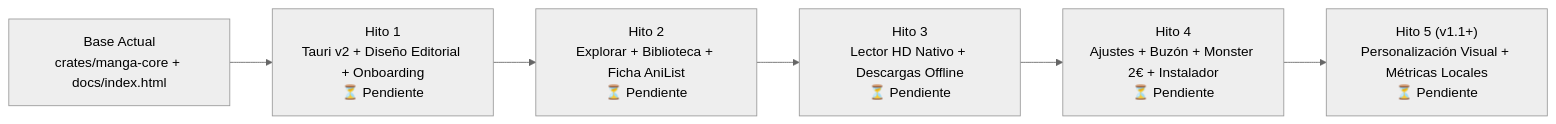
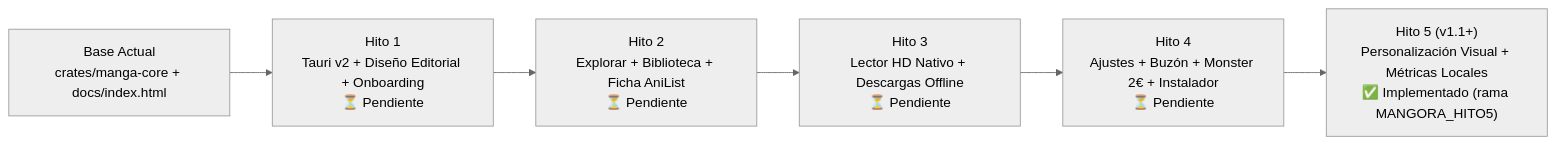
One commit to tomahawk1103/manga-tui changed the diagram in MANGORA_ROADMAP.md. Above: the diagram before and after it, drawn with Mermaid (neutral theme). The commit also changed other lines of this file and 22 other files, not shown here.

Commit message:
feat(mangora): integrar los archivos de apariencia y metricas del hito 5

````diff
--- a/MANGORA_ROADMAP.md
+++ b/MANGORA_ROADMAP.md
@@ -12,11 +12,11 @@
 ```mermaid
 flowchart LR
     Base["Base Actual<br/>crates/manga-core + docs/index.html"]
     H1["Hito 1<br/>Tauri v2 + Diseño Editorial + Onboarding<br/>⏳ Pendiente"]
     H2["Hito 2<br/>Explorar + Biblioteca + Ficha AniList<br/>⏳ Pendiente"]
     H3["Hito 3<br/>Lector HD Nativo + Descargas Offline<br/>⏳ Pendiente"]
     H4["Hito 4<br/>Ajustes + Buzón + Monster 2€ + Instalador<br/>⏳ Pendiente"]
-    H5["Hito 5 (v1.1+)<br/>Personalización Visual + Métricas Locales<br/>⏳ Pendiente"]
+    H5["Hito 5 (v1.1+)<br/>Personalización Visual + Métricas Locales<br/>✅ Implementado (rama MANGORA_HITO5)"]
 
     Base --> H1 --> H2 --> H3 --> H4 --> H5
 ```
````
